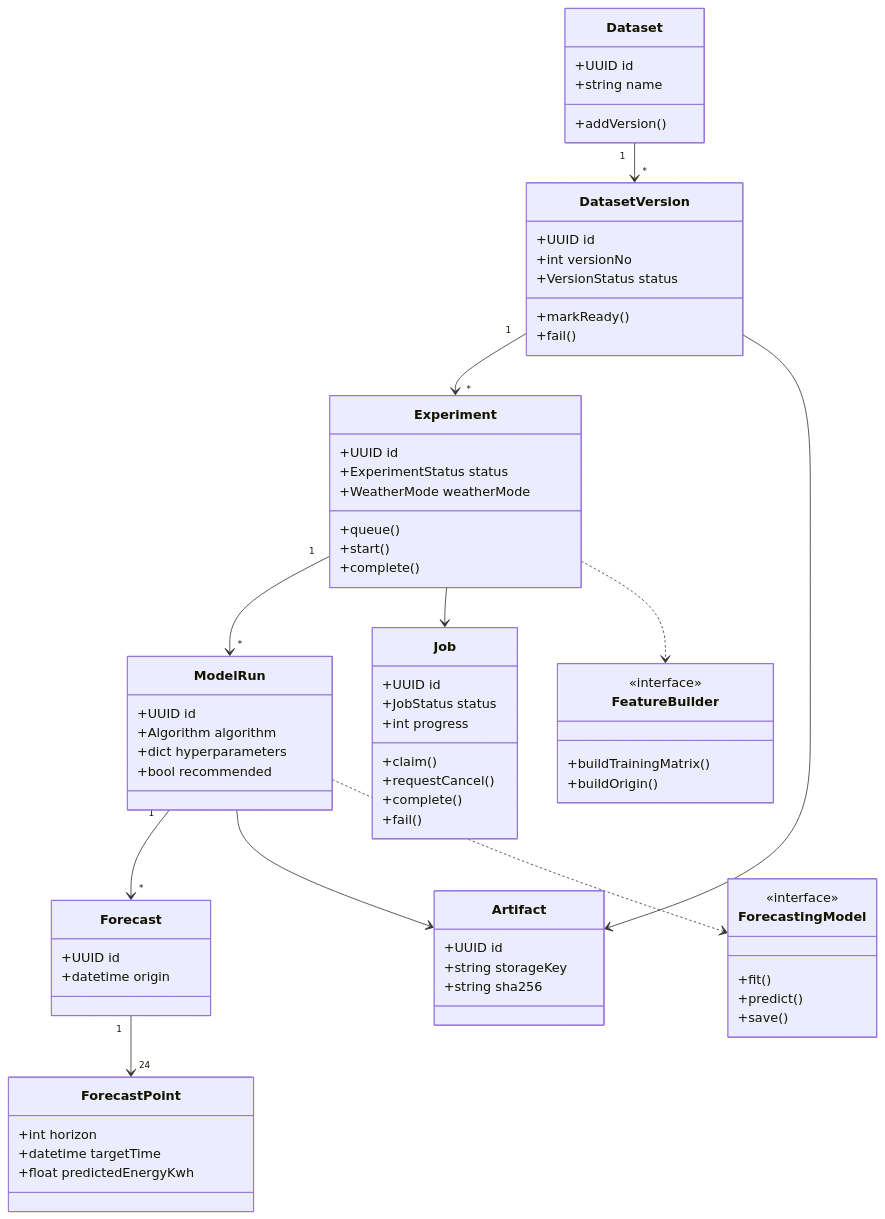
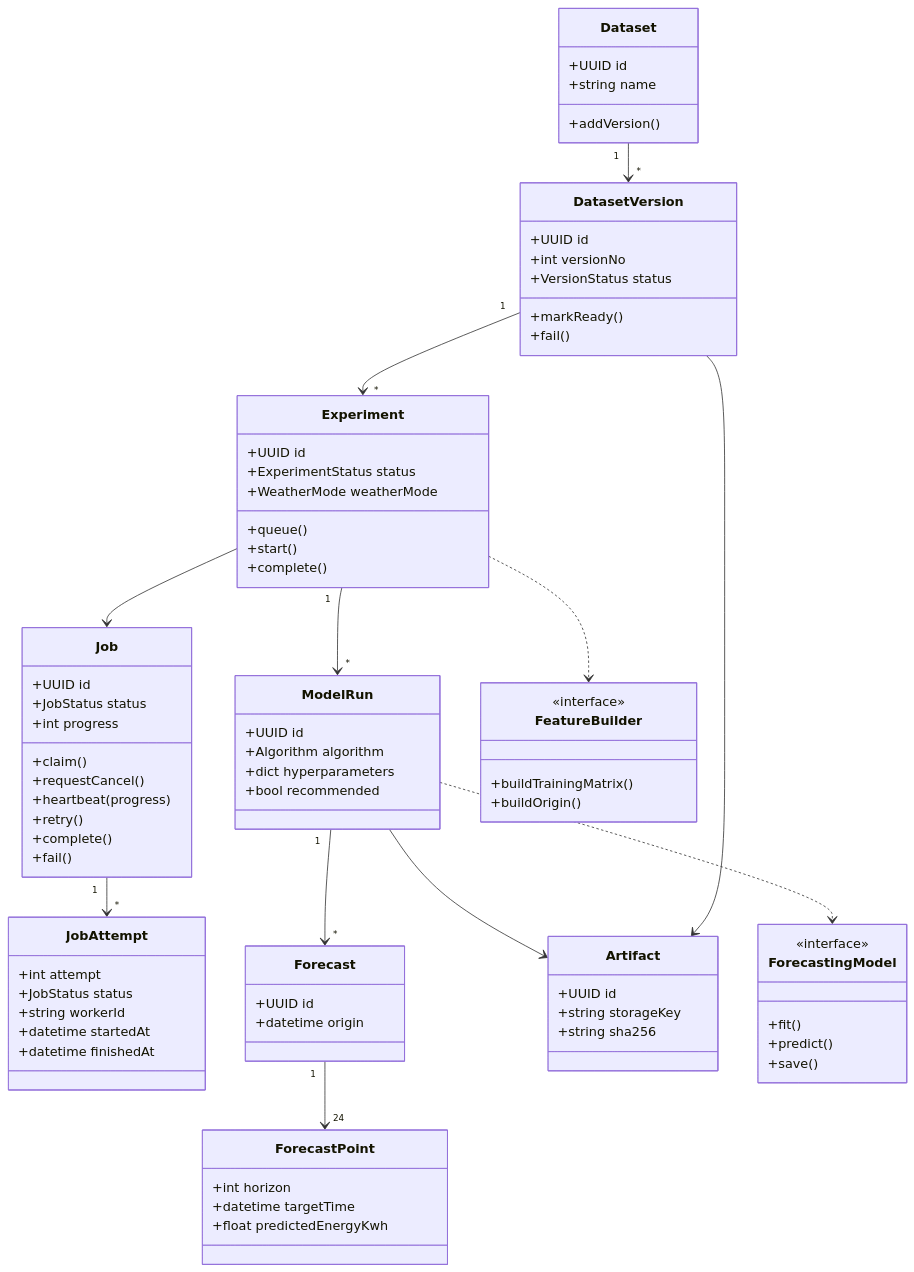
One commit to sashkotenk/energy-consumption-forecasting-system changed the diagram in docs/diagrams/09-domain-classes.mmd. Above: the diagram before and after it, drawn with Mermaid. The commit also changed 31 other files, not shown here.

```diff
--- a/docs/diagrams/09-domain-classes.mmd
+++ b/docs/diagrams/09-domain-classes.mmd
@@ -1,72 +1,82 @@
 classDiagram
     class Dataset {
       +UUID id
       +string name
       +addVersion()
     }
     class DatasetVersion {
       +UUID id
       +int versionNo
       +VersionStatus status
       +markReady()
       +fail()
     }
     class Job {
       +UUID id
       +JobStatus status
       +int progress
       +claim()
       +requestCancel()
+      +heartbeat(progress)
+      +retry()
       +complete()
       +fail()
+    }
+    class JobAttempt {
+      +int attempt
+      +JobStatus status
+      +string workerId
+      +datetime startedAt
+      +datetime finishedAt
     }
     class Experiment {
       +UUID id
       +ExperimentStatus status
       +WeatherMode weatherMode
       +queue()
       +start()
       +complete()
     }
     class ModelRun {
       +UUID id
       +Algorithm algorithm
       +dict hyperparameters
       +bool recommended
     }
     class Forecast {
       +UUID id
       +datetime origin
     }
     class ForecastPoint {
       +int horizon
       +datetime targetTime
       +float predictedEnergyKwh
     }
     class Artifact {
       +UUID id
       +string storageKey
       +string sha256
     }
     class ForecastingModel {
       <<interface>>
       +fit()
       +predict()
       +save()
     }
     class FeatureBuilder {
       <<interface>>
       +buildTrainingMatrix()
       +buildOrigin()
     }
 
     Dataset "1" --> "*" DatasetVersion
     DatasetVersion "1" --> "*" Experiment
     Experiment "1" --> "*" ModelRun
     ModelRun "1" --> "*" Forecast
     Forecast "1" --> "24" ForecastPoint
     DatasetVersion --> Artifact
     ModelRun --> Artifact
     Experiment --> Job
+    Job "1" --> "*" JobAttempt
     ModelRun ..> ForecastingModel
     Experiment ..> FeatureBuilder
```
